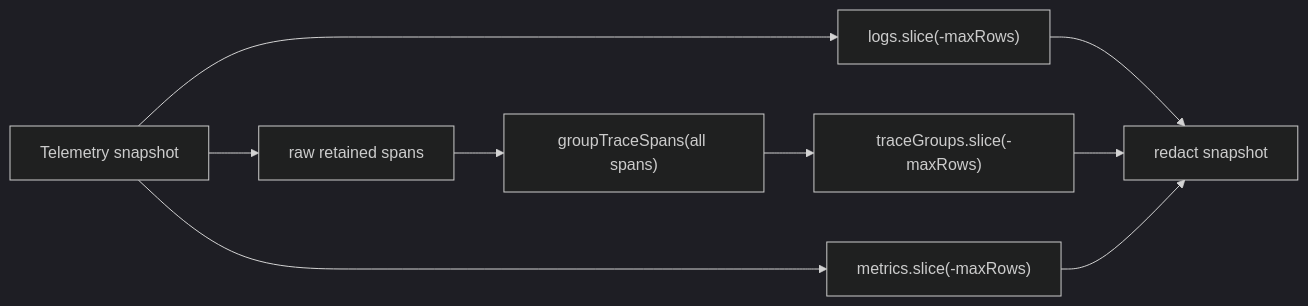
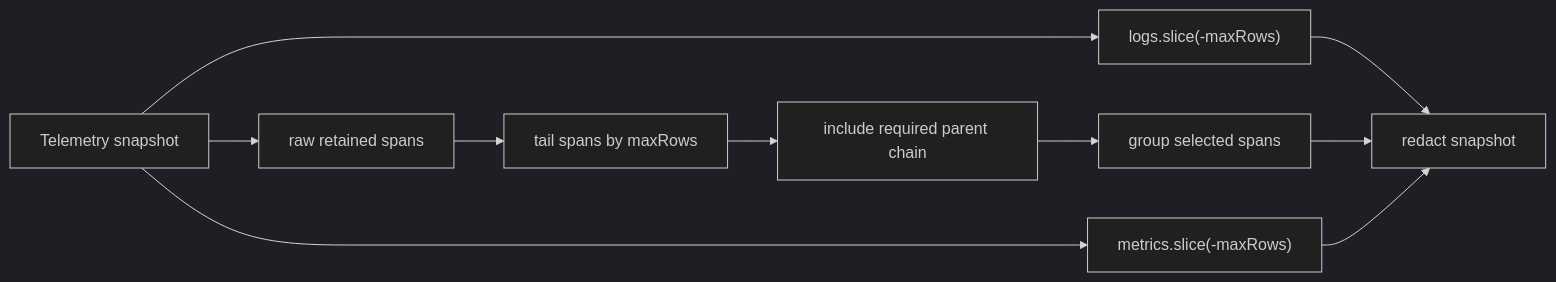
Before and after one commit to Rika-Labs/effect-desktop: the diagram in docs/runs/issue-876-preserve-trace-integrity-in-diagnostics-row-caps/19-architect.md, drawn with Mermaid (dark theme). The commit also changed other lines of this file and 3 other files, not shown here.

````diff
--- a/docs/runs/issue-876-preserve-trace-integrity-in-diagnostics-row-caps/19-architect.md
+++ b/docs/runs/issue-876-preserve-trace-integrity-in-diagnostics-row-caps/19-architect.md
@@ -13,11 +13,12 @@
 ```mermaid
 flowchart LR
   Telemetry["Telemetry snapshot"] --> Logs["logs.slice(-maxRows)"]
   Telemetry --> RawSpans["raw retained spans"]
-  RawSpans --> Groups["groupTraceSpans(all spans)"]
-  Groups --> TraceCap["traceGroups.slice(-maxRows)"]
+  RawSpans --> Tail["tail spans by maxRows"]
+  Tail --> Parents["include required parent chain"]
+  Parents --> Groups["group selected spans"]
   Telemetry --> Metrics["metrics.slice(-maxRows)"]
   Logs --> Redact["redact snapshot"]
-  TraceCap --> Redact
+  Groups --> Redact
   Metrics --> Redact
 ```
````
